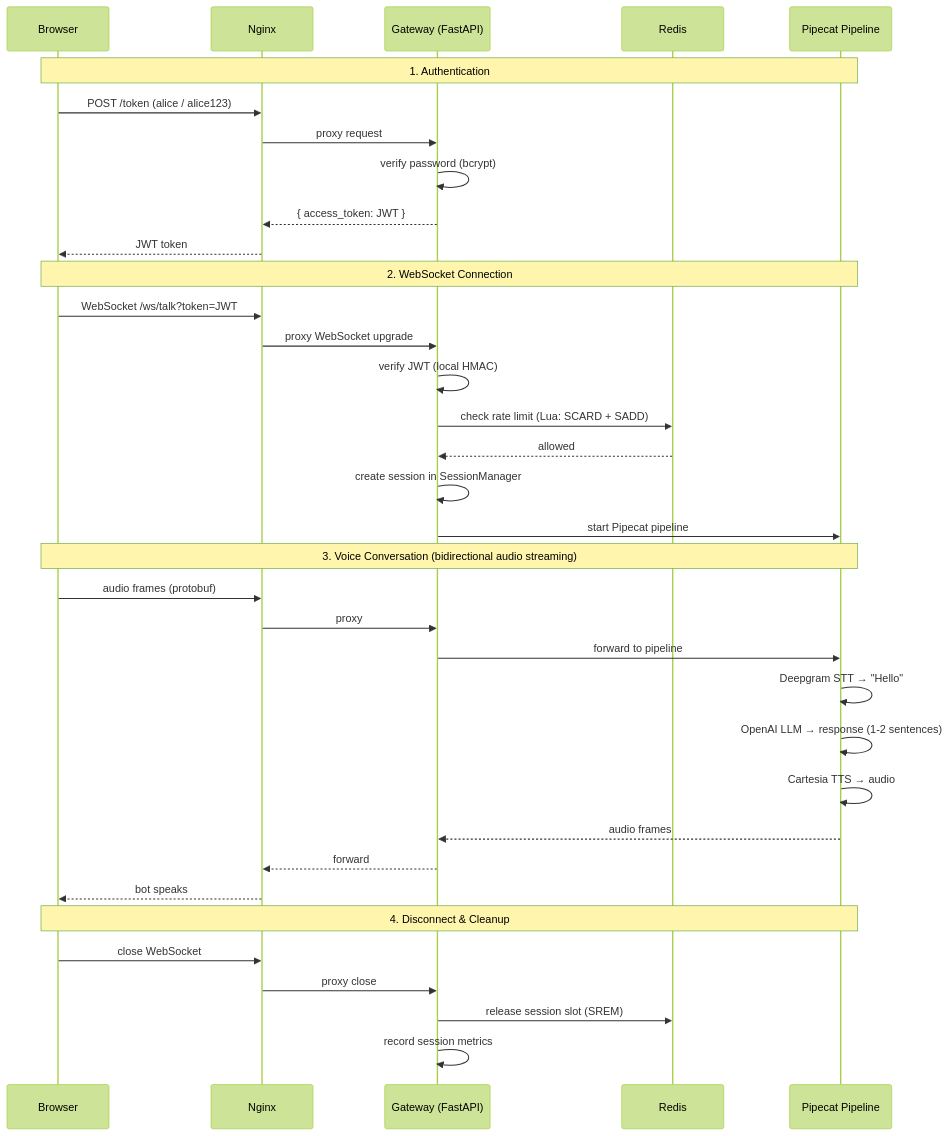
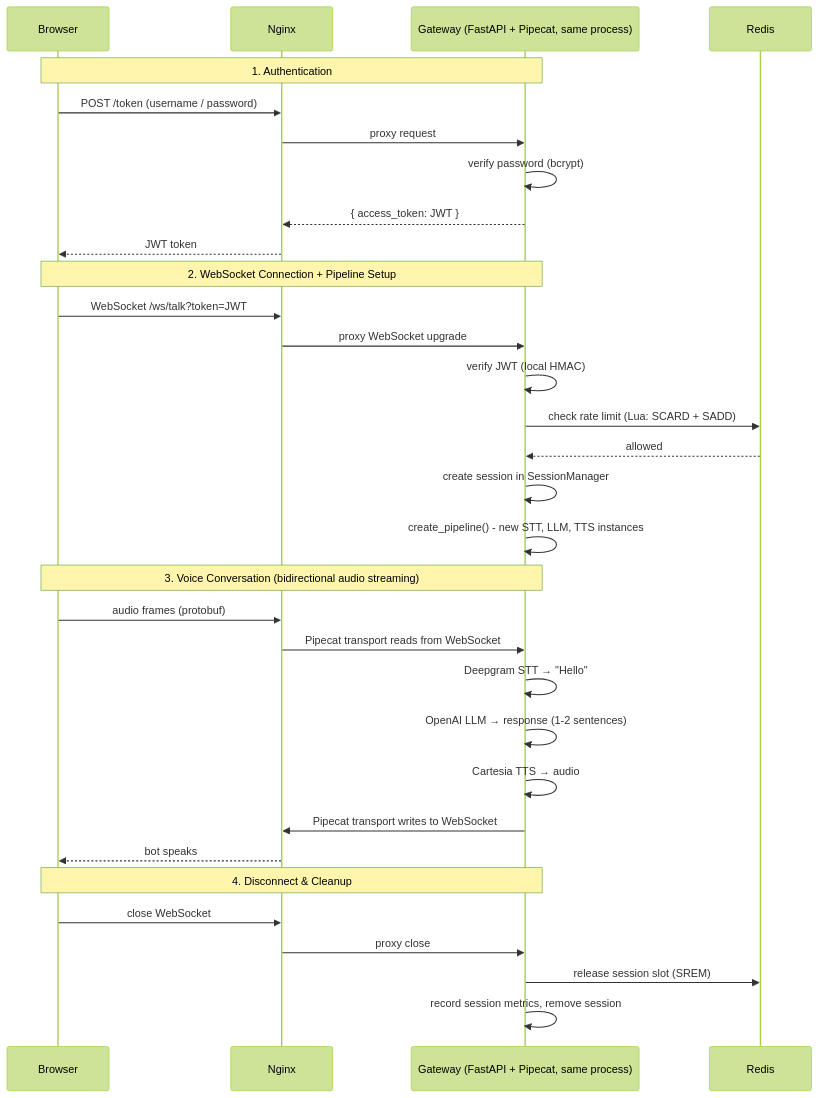
Before and after one commit to thedatamonk/adiiva: the diagram in README.md, drawn with Mermaid (forest theme). The commit also changed other lines of this file, not shown here.

````diff
--- a/README.md
+++ b/README.md
@@ -68,41 +68,38 @@
 ```mermaid
 sequenceDiagram
     participant B as Browser
     participant N as Nginx
-    participant G as Gateway (FastAPI)
+    participant G as Gateway (FastAPI + Pipecat, same process)
     participant R as Redis
-    participant P as Pipecat Pipeline
 
-    Note over B,P: 1. Authentication
-    B->>N: POST /token (alice / alice123)
+    Note over B,G: 1. Authentication
+    B->>N: POST /token (username / password)
     N->>G: proxy request
     G->>G: verify password (bcrypt)
     G-->>N: { access_token: JWT }
     N-->>B: JWT token
 
-    Note over B,P: 2. WebSocket Connection
+    Note over B,G: 2. WebSocket Connection + Pipeline Setup
     B->>N: WebSocket /ws/talk?token=JWT
     N->>G: proxy WebSocket upgrade
     G->>G: verify JWT (local HMAC)
     G->>R: check rate limit (Lua: SCARD + SADD)
     R-->>G: allowed
     G->>G: create session in SessionManager
-    G->>P: start Pipecat pipeline
+    G->>G: create_pipeline() - new STT, LLM, TTS instances
 
-    Note over B,P: 3. Voice Conversation (bidirectional audio streaming)
+    Note over B,G: 3. Voice Conversation (bidirectional audio streaming)
     B->>N: audio frames (protobuf)
-    N->>G: proxy
-    G->>P: forward to pipeline
-    P->>P: Deepgram STT → "Hello"
-    P->>P: OpenAI LLM → response (1-2 sentences)
-    P->>P: Cartesia TTS → audio
-    P-->>G: audio frames
-    G-->>N: forward
+    N->>G: Pipecat transport reads from WebSocket
+    G->>G: Deepgram STT → "Hello"
+    G->>G: OpenAI LLM → response (1-2 sentences)
+    G->>G: Cartesia TTS → audio
+    G->>N: Pipecat transport writes to WebSocket
     N-->>B: bot speaks
 
-    Note over B,P: 4. Disconnect & Cleanup
+    Note over B,G: 4. Disconnect & Cleanup
     B->>N: close WebSocket
     N->>G: proxy close
     G->>R: release session slot (SREM)
-    G->>G: record session metrics
+    G->>G: record session metrics, remove session
 ```
````
